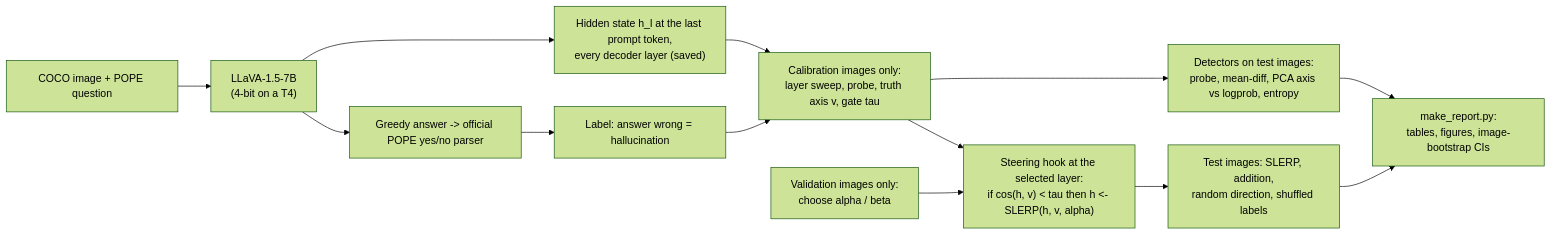
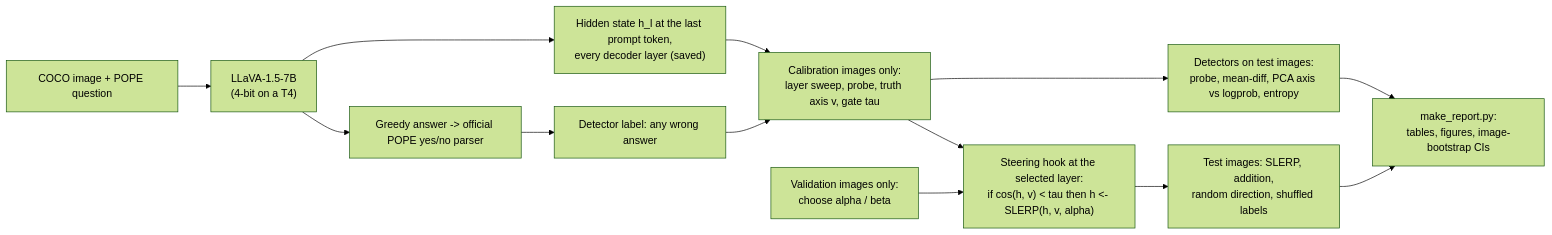
One commit to basavarajnaduvinamani/DA5410-Winter-Project changed the first of 2 diagrams in README.md. Above: the diagram before and after it, drawn with Mermaid (forest theme). The commit also changed other lines of this file and 12 other files, not shown here.

````diff
--- a/README.md
+++ b/README.md
@@ -25,15 +25,15 @@
 ```mermaid
 flowchart LR
     A["COCO image + POPE question"] --> B["LLaVA-1.5-7B<br/>(4-bit on a T4)"]
     B --> C["Hidden state h_l at the last prompt token,<br/>every decoder layer (saved)"]
     B --> D["Greedy answer -> official POPE yes/no parser"]
-    D --> E["Label: answer wrong = hallucination"]
+    D --> E["Detector label: any wrong answer"]
     C --> F["Calibration images only:<br/>layer sweep, probe, truth axis v, gate tau"]
     E --> F
     F --> G["Detectors on test images:<br/>probe, mean-diff, PCA axis vs logprob, entropy"]
     F --> H["Steering hook at the selected layer:<br/>if cos(h, v) < tau then h <- SLERP(h, v, alpha)"]
     I["Validation images only:<br/>choose alpha / beta"] --> H
     H --> J["Test images: SLERP, addition,<br/>random direction, shuffled labels"]
     G --> K["make_report.py:<br/>tables, figures, image-bootstrap CIs"]
     J --> K
 ```
````
